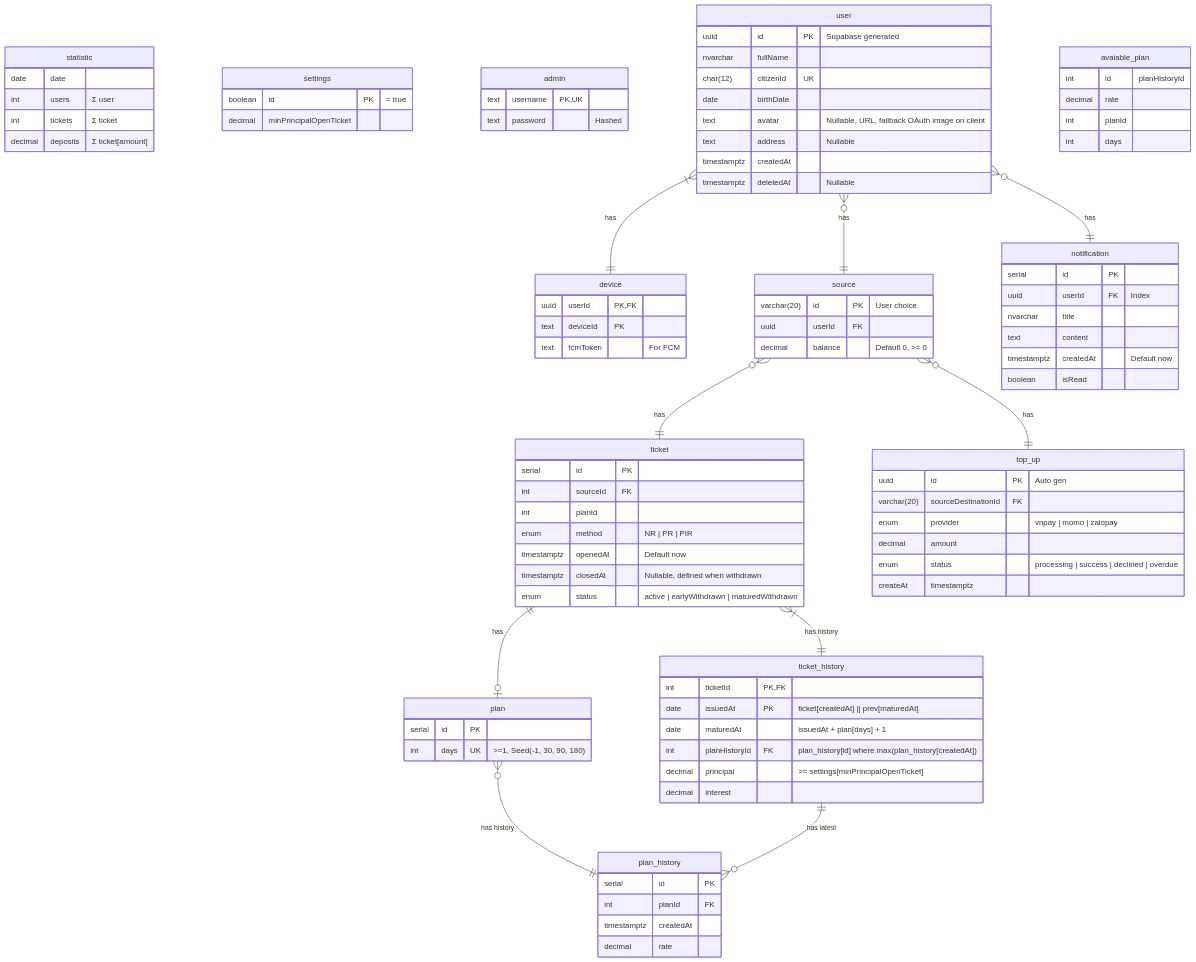
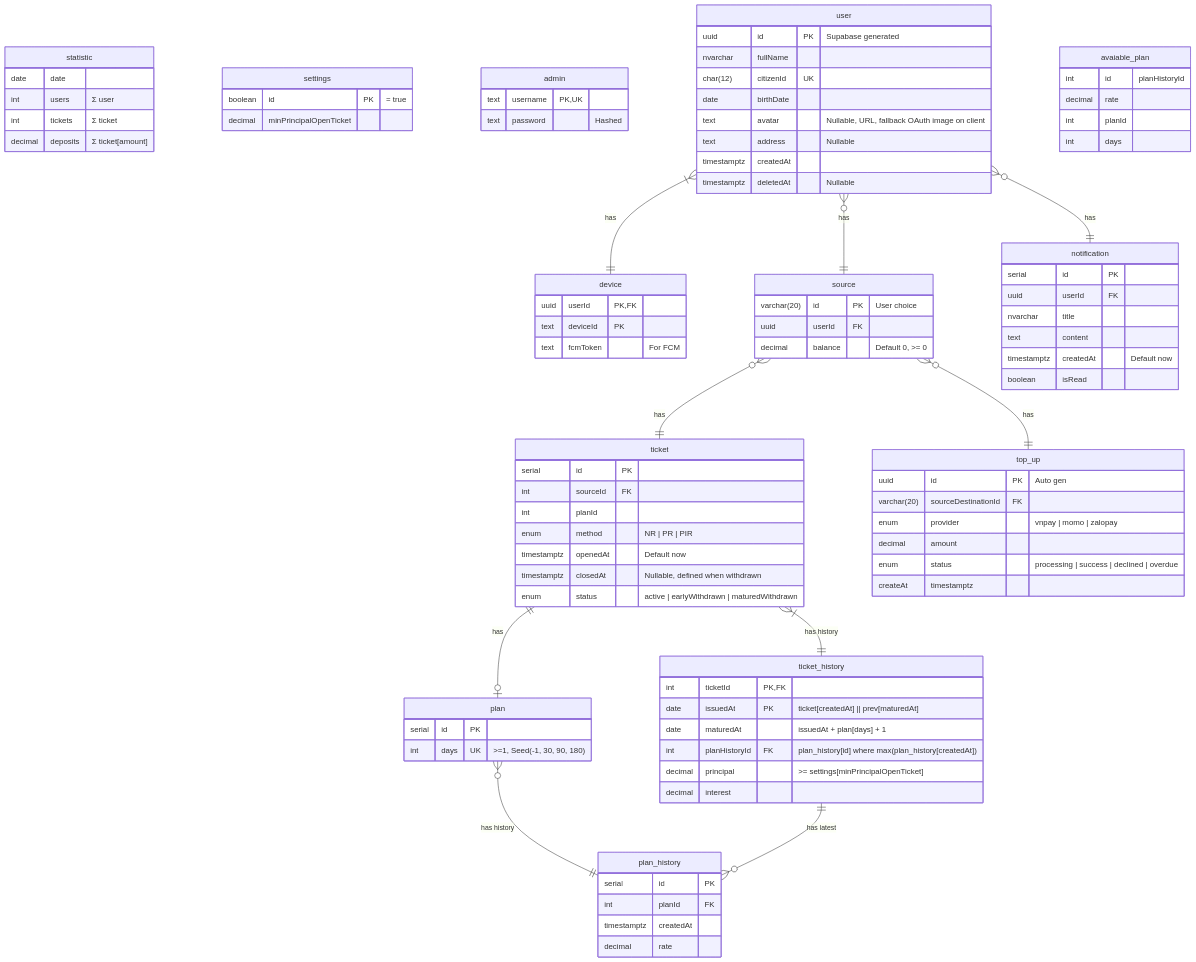
The diagram in docs/diagrams/database/index.md (coinhub-uit/coinhub-uit.github.io), drawn with Mermaid before and after one commit. The commit also changed 1 other file, not shown here.

```diff
--- a/docs/diagrams/database/index.md
+++ b/docs/diagrams/database/index.md
@@ -79,7 +79,7 @@
 
   notification {
     serial id PK
-    uuid userId FK "Index"
+    uuid userId FK
     nvarchar title
     text content
     timestamptz createdAt "Default now"
```
